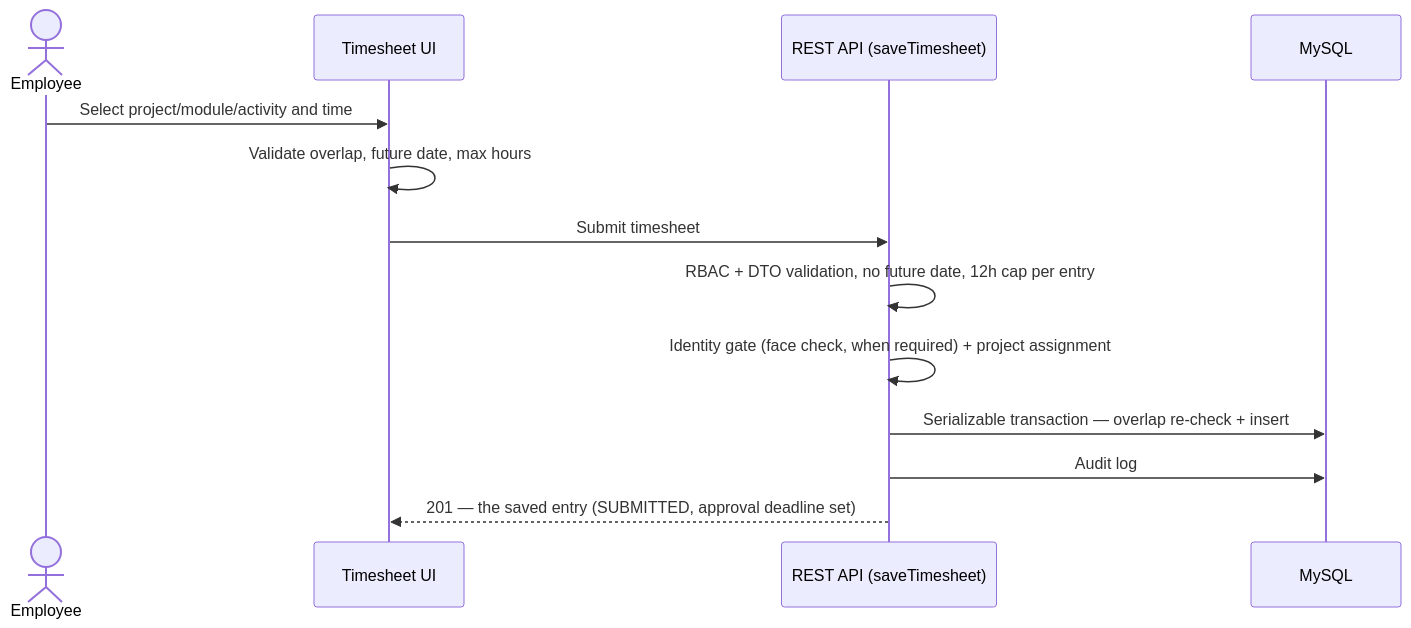
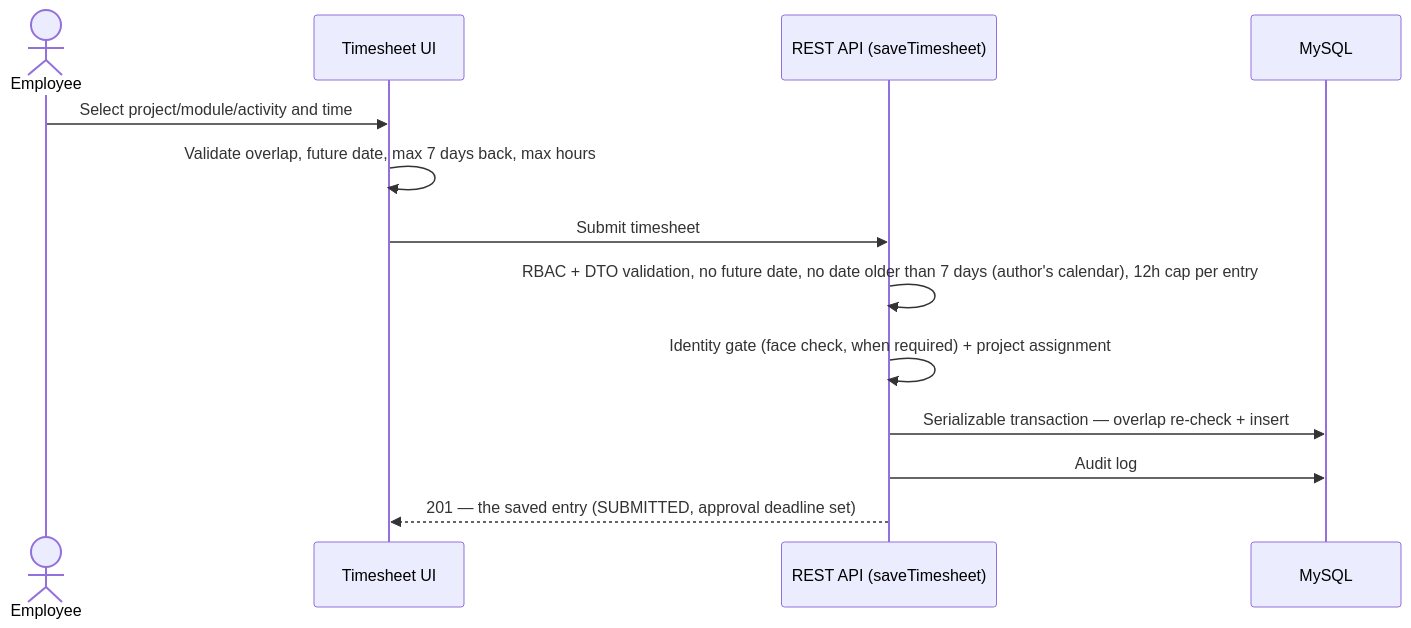
Before and after one commit to adityapuppala1/TimeSheet: the tenth of 10 diagrams in docs/ARCHITECTURE.md, drawn with Mermaid. The commit also changed 14 other files, not shown here.

````diff
--- a/docs/ARCHITECTURE.md
+++ b/docs/ARCHITECTURE.md
@@ -1330,15 +1330,15 @@
 ```mermaid
 sequenceDiagram
   actor Employee
   participant UI as Timesheet UI
   participant API as REST API (saveTimesheet)
   participant DB as MySQL
   Employee->>UI: Select project/module/activity and time
-  UI->>UI: Validate overlap, future date, max hours
+  UI->>UI: Validate overlap, future date, max 7 days back, max hours
   UI->>API: Submit timesheet
-  API->>API: RBAC + DTO validation, no future date, 12h cap per entry
+  API->>API: RBAC + DTO validation, no future date, no date older than 7 days (author's calendar), 12h cap per entry
   API->>API: Identity gate (face check, when required) + project assignment
   API->>DB: Serializable transaction — overlap re-check + insert
   API->>DB: Audit log
   API-->>UI: 201 — the saved entry (SUBMITTED, approval deadline set)
 ```
````
